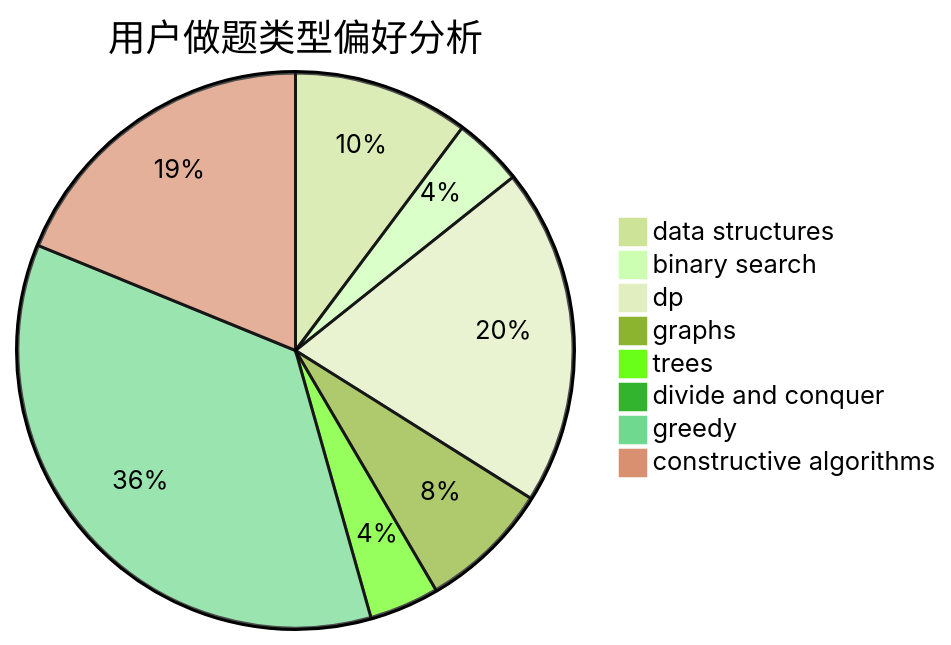
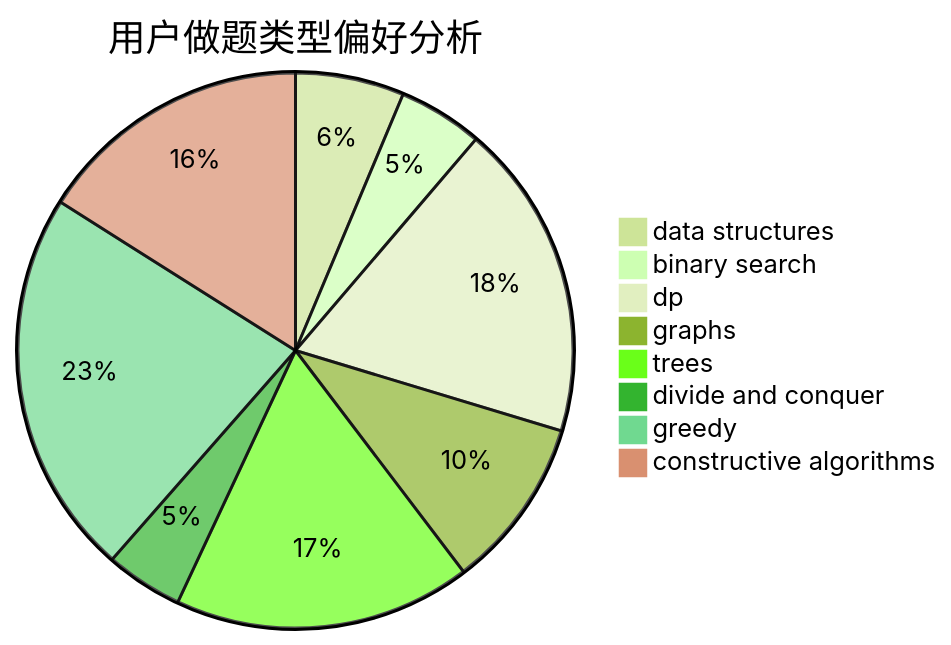
Before and after one commit to sherpahu/cfrs.github.io: the second of 3 diagrams in docs/user/u987.md, drawn with Mermaid (forest theme). The commit also changed other lines of this file and 2770 other files, not shown here.

````diff
--- a/docs/user/u987.md
+++ b/docs/user/u987.md
@@ -23,11 +23,11 @@
 ```mermaid
 pie title 用户做题类型偏好分析
-    "data structures" :  63
-    "binary search" :  25
-    "dp" :  121
-    "graphs" :  47
-    "trees" :  25
-    "divide and conquer" :  0
-    "greedy" :  219
-    "constructive algorithms" :  116
+    "data structures" :  45
+    "binary search" :  35
+    "dp" :  131
+    "graphs" :  71
+    "trees" :  123
+    "divide and conquer" :  32
+    "greedy" :  160
+    "constructive algorithms" :  114
 ```
````
